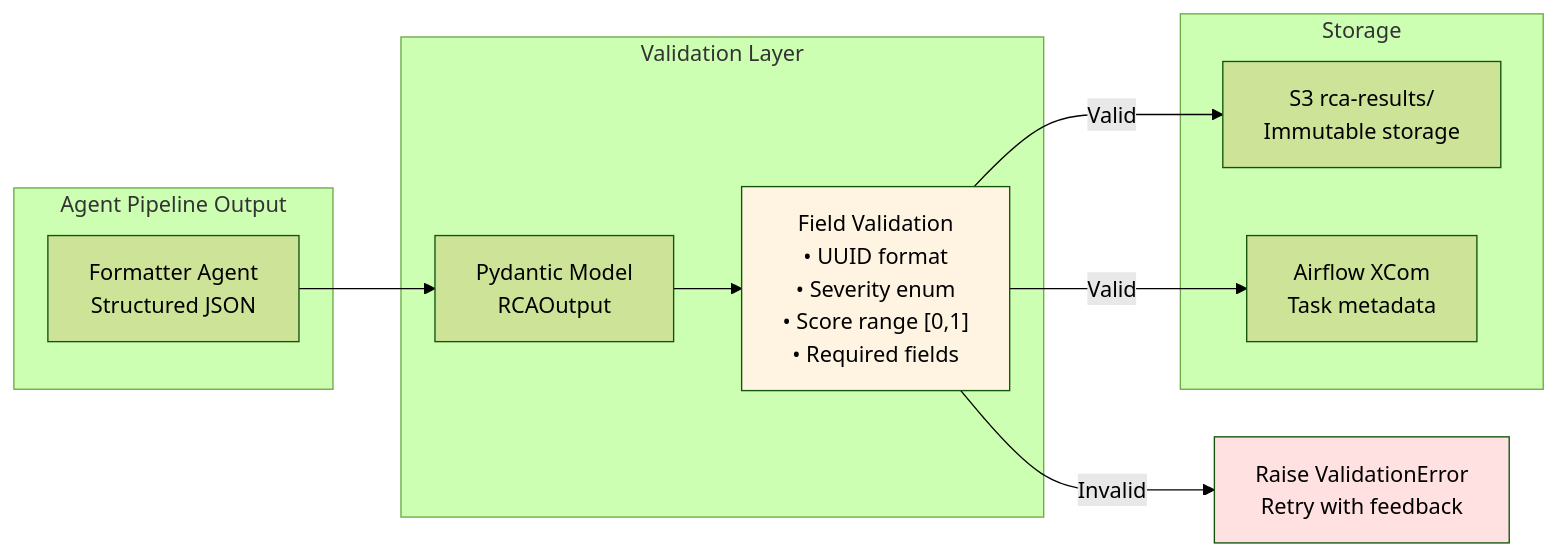
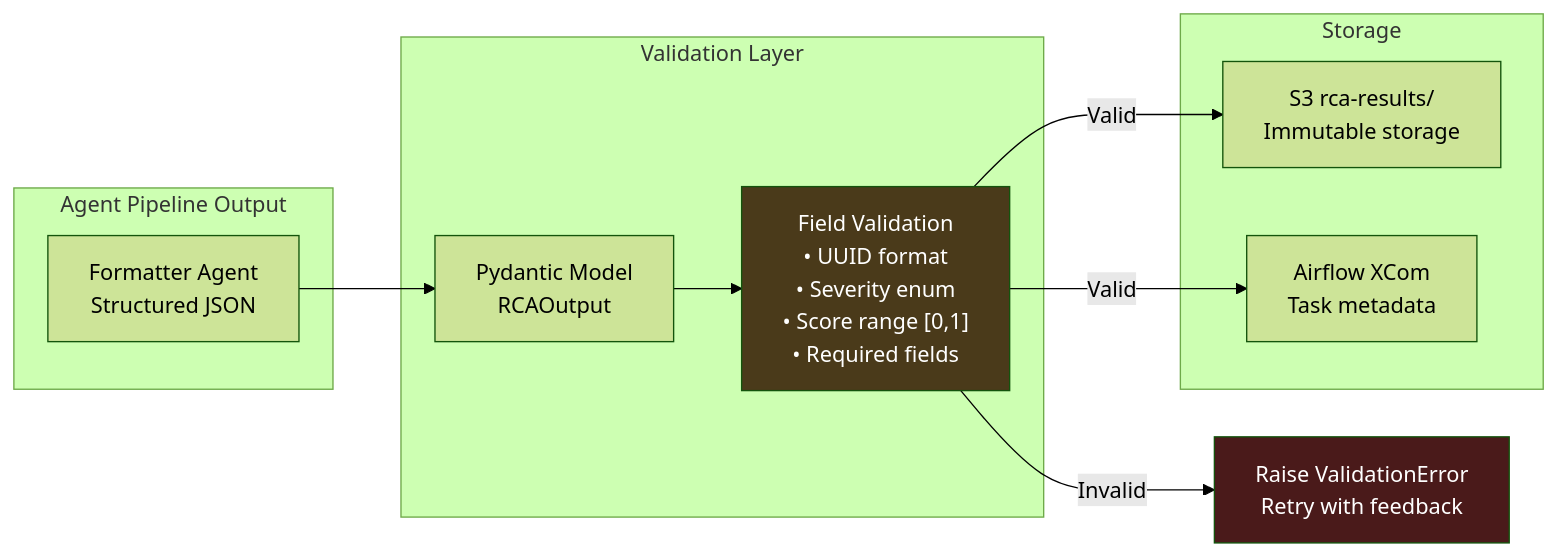
Before and after one commit to nasim-raj-laskar/InfraMind: the tenth of 16 diagrams in README.md, drawn with Mermaid (forest theme). The commit also changed other lines of this file and 1 other file, not shown here.

````diff
--- a/README.md
+++ b/README.md
@@ -687,25 +663,25 @@
 ```mermaid
 graph LR
     subgraph "Agent Pipeline Output"
         FORMATTER["Formatter Agent<br/>Structured JSON"]
     end
     
     subgraph "Validation Layer"
         SCHEMA["Pydantic Model<br/>RCAOutput"]
         CHECKS["Field Validation<br/>• UUID format<br/>• Severity enum<br/>• Score range [0,1]<br/>• Required fields"]
     end
     
     subgraph "Storage"
         S3["S3 rca-results/<br/>Immutable storage"]
         METADATA["Airflow XCom<br/>Task metadata"]
     end
     
     FORMATTER --> SCHEMA
     SCHEMA --> CHECKS
     CHECKS -->|"Valid"| S3
     CHECKS -->|"Valid"| METADATA
     CHECKS -->|"Invalid"| ERROR["Raise ValidationError<br/>Retry with feedback"]
     
-    style CHECKS fill:#fff4e1
-    style ERROR fill:#ffe1e1
+    style CHECKS fill:#4a3a1a,color:#fff
+    style ERROR fill:#4a1a1a,color:#fff
 ```
````
